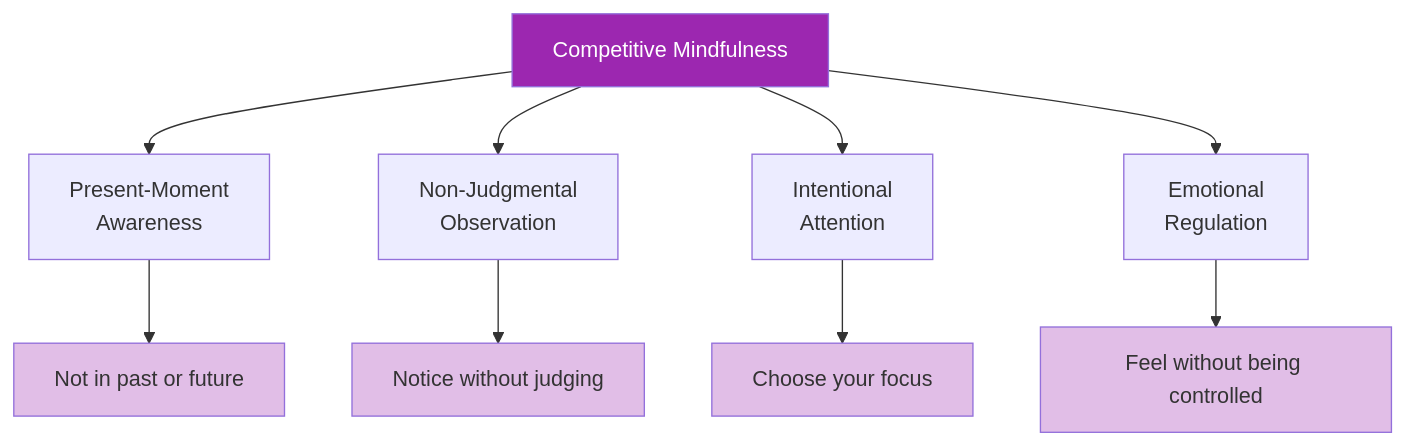
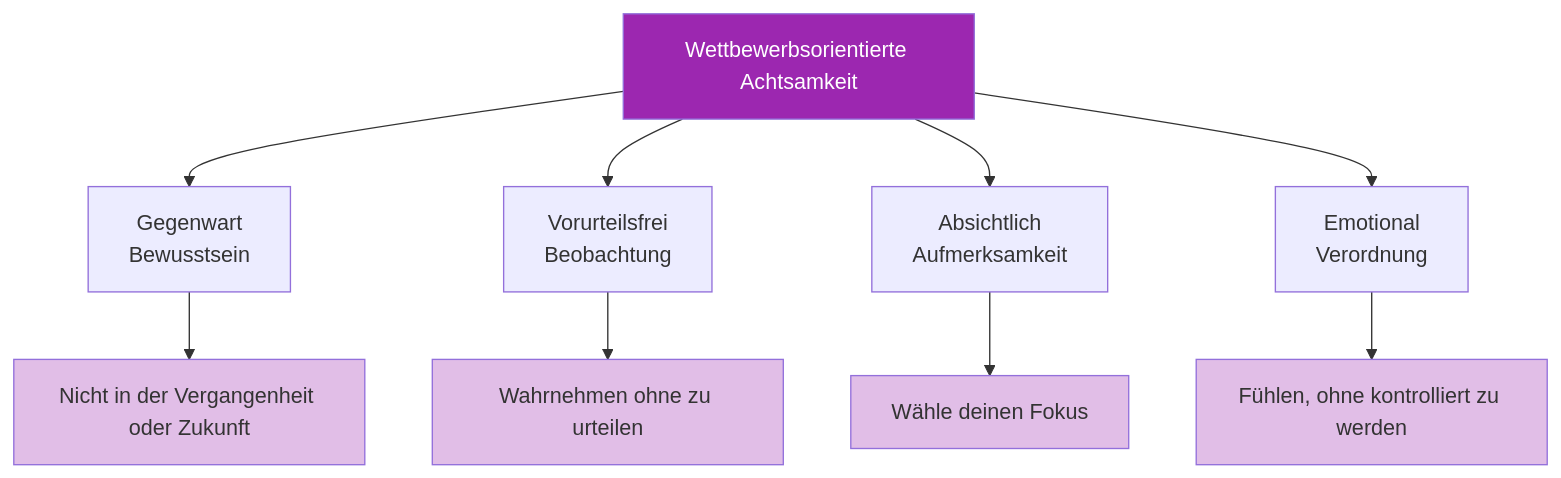
The diagram in docs/de/articles/mindfulness-competition.md (patwii/petanque-academy), drawn with Mermaid before and after one commit. The commit also changed other lines of this file and 550 other files, not shown here.

````diff
--- a/docs/de/articles/mindfulness-competition.md
+++ b/docs/de/articles/mindfulness-competition.md
@@ -20,18 +20,18 @@
 ```mermaid
 flowchart TD
-    A[Competitive Mindfulness] --> B[Present-Moment<br/>Awareness]
-    A --> C[Non-Judgmental<br/>Observation]
-    A --> D[Intentional<br/>Attention]
-    A --> E[Emotional<br/>Regulation]
+    A[Wettbewerbsorientierte Achtsamkeit] --> B[Gegenwart <br/> Bewusstsein]
+    A --> C[Vorurteilsfrei <br/> Beobachtung]
+    A --> D[Absichtlich <br/> Aufmerksamkeit]
+    A --> E[Emotional <br/> Verordnung]
 
-    B --> F[Not in past or future]
-    C --> G[Notice without judging]
-    D --> H[Choose your focus]
-    E --> I[Feel without being controlled]
+    B --> F[Nicht in der Vergangenheit oder Zukunft]
+    C --> G[Wahrnehmen ohne zu urteilen]
+    D --> H[Wähle deinen Fokus]
+    E --> I[Fühlen, ohne kontrolliert zu werden]
 
     style A fill:#9C27B0,color:#fff
     style F fill:#e1bee7
     style G fill:#e1bee7
     style H fill:#e1bee7
     style I fill:#e1bee7
 ```
````
